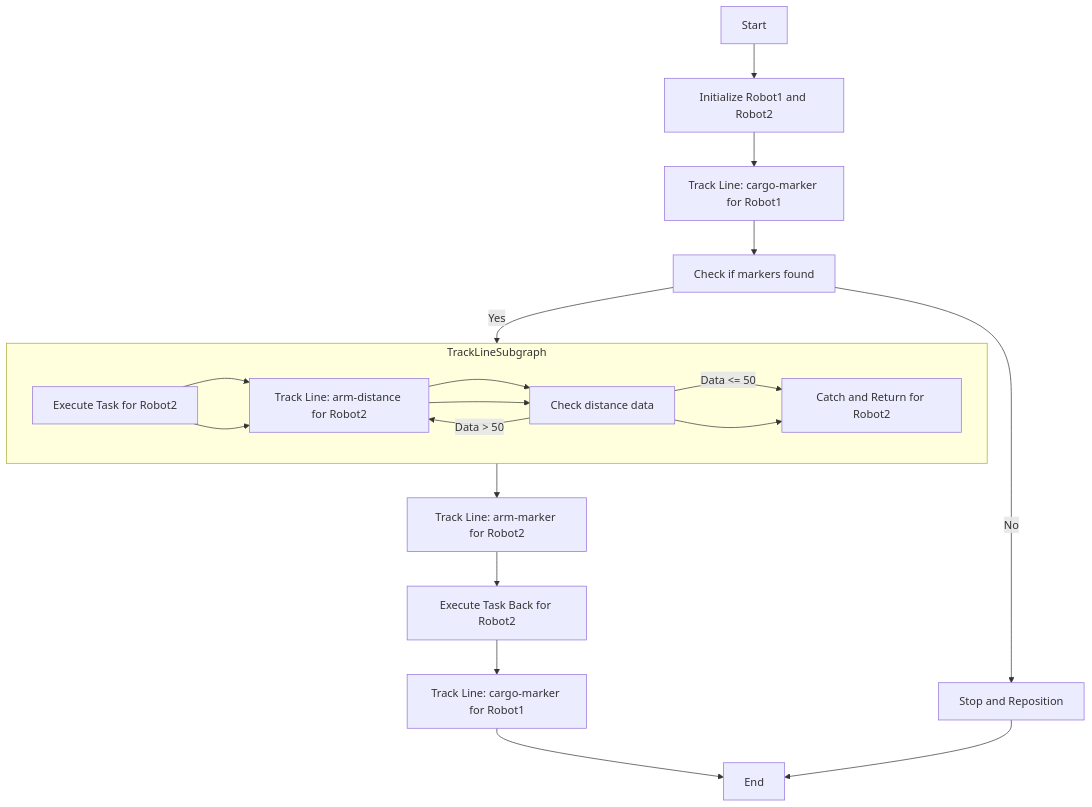
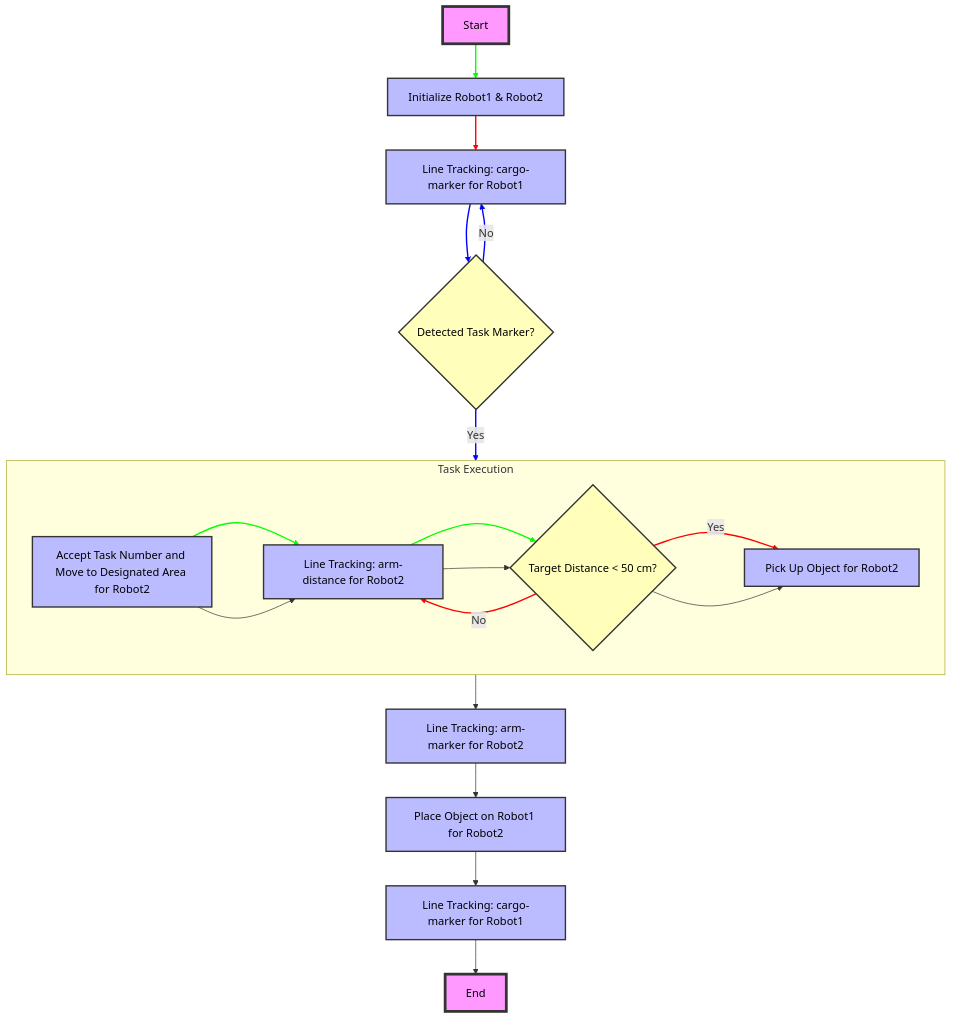
The diagram in README.md (Ben0126/IoT_Robot), drawn with Mermaid before and after one commit.

````diff
--- a/README.md
+++ b/README.md
@@ -66,23 +66,48 @@
 ```mermaid
 flowchart TD
-    A[Start] --> B[Initialize Robot1 and Robot2]
-    B --> C[Track Line: cargo-marker for Robot1]
-    C --> D[Check if markers found]
-    D -->|Yes| E[Execute Task for Robot2]
-    D -->|No| F[Stop and Reposition]
-    E --> G[Track Line: arm-distance for Robot2]
-    G --> H[Check distance data]
-    H -->|Data <= 50| I[Catch and Return for Robot2]
-    H -->|Data > 50| G
-    I --> J[Track Line: arm-marker for Robot2]
-    J --> K[Execute Task Back for Robot2]
-    K --> L[Track Line: cargo-marker for Robot1]
+    A[Start] --> B[Initialize Robot1 & Robot2]
+    B --> C[Line Tracking: cargo-marker for Robot1]
+    C --> D{Detected Task Marker?}
+    D -->|Yes| E[Accept Task Number and Move to Designated Area for Robot2]
+    D -->|No| C
+    E --> G[Line Tracking: arm-distance for Robot2]
+    G --> H{Target Distance < 50 cm?}
+    H -->|Yes| I[Pick Up Object for Robot2]
+    H -->|No| G
+    I --> J[Line Tracking: arm-marker for Robot2]
+    J --> K[Place Object on Robot1 for Robot2]
+    K --> L[Line Tracking: cargo-marker for Robot1]
     L --> M[End]
-    F --> M
-    subgraph TrackLineSubgraph
+
+    subgraph Task Execution
         direction LR
         E --> G
         G --> H
         H --> I
     end
+
+    style A fill:#f9f,stroke:#333,stroke-width:4px,color:#000
+    style B fill:#bbf,stroke:#333,stroke-width:2px,color:#000
+    style C fill:#bbf,stroke:#333,stroke-width:2px,color:#000
+    style D fill:#ffb,stroke:#333,stroke-width:2px,color:#000
+    style E fill:#bbf,stroke:#333,stroke-width:2px,color:#000
+    style G fill:#bbf,stroke:#333,stroke-width:2px,color:#000
+    style H fill:#ffb,stroke:#333,stroke-width:2px,color:#000
+    style I fill:#bbf,stroke:#333,stroke-width:2px,color:#000
+    style J fill:#bbf,stroke:#333,stroke-width:2px,color:#000
+    style K fill:#bbf,stroke:#333,stroke-width:2px,color:#000
+    style L fill:#bbf,stroke:#333,stroke-width:2px,color:#000
+    style M fill:#f9f,stroke:#333,stroke-width:4px,color:#000
+
+    linkStyle 0 stroke:#0f0,stroke-width:2px
+    linkStyle 1 stroke:#f00,stroke-width:2px
+    linkStyle 2 stroke:#00f,stroke-width:2px
+    linkStyle 3 stroke:#00f,stroke-width:2px
+    linkStyle 4 stroke:#00f,stroke-width:2px
+    linkStyle 5 stroke:#0f0,stroke-width:2px
+    linkStyle 6 stroke:#0f0,stroke-width:2px
+    linkStyle 7 stroke:#f00,stroke-width:2px
+    linkStyle 8 stroke:#f00,stroke-width:2px
+
+
 ```
````
